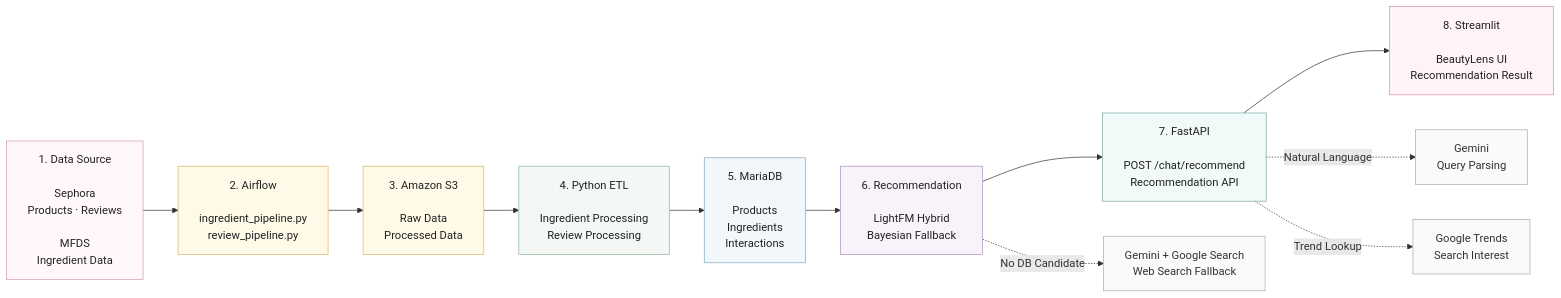
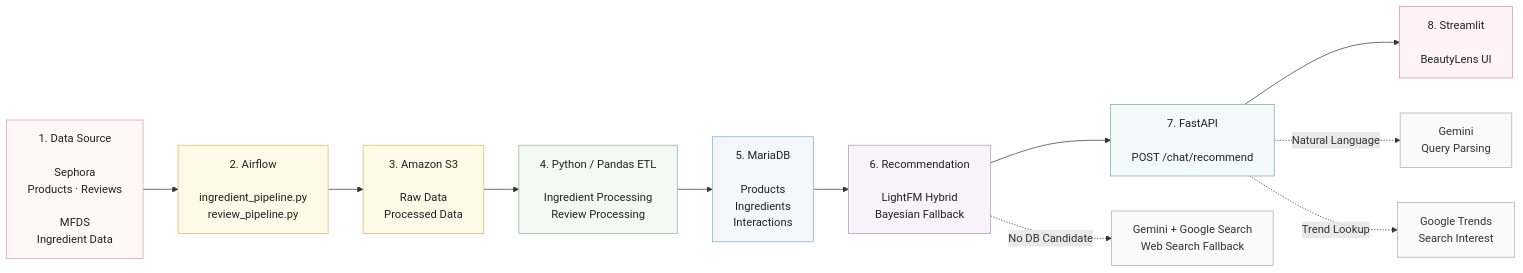
Before and after one commit to KMINNNNJ/recommendation_system: the diagram in README.md, drawn with Mermaid. The commit also changed other lines of this file, not shown here.

````diff
--- a/README.md
+++ b/README.md
@@ -8,57 +46,61 @@
 ```mermaid
 flowchart LR
 
     A["1. Data Source<br/><br/>Sephora<br/>Products · Reviews<br/><br/>MFDS<br/>Ingredient Data"]
 
     B["2. Airflow<br/><br/>ingredient_pipeline.py<br/>review_pipeline.py"]
 
     C["3. Amazon S3<br/><br/>Raw Data<br/>Processed Data"]
 
-    D["4. Python ETL<br/><br/>Ingredient Processing<br/>Review Processing"]
+    D["4. Python / Pandas ETL<br/><br/>Ingredient Processing<br/>Review Processing"]
 
     E["5. MariaDB<br/><br/>Products<br/>Ingredients<br/>Interactions"]
 
     F["6. Recommendation<br/><br/>LightFM Hybrid<br/>Bayesian Fallback"]
 
-    G["7. FastAPI<br/><br/>POST /chat/recommend<br/>Recommendation API"]
+    G["7. FastAPI<br/><br/>POST /chat/recommend"]
 
-    H["8. Streamlit<br/><br/>BeautyLens UI<br/>Recommendation Result"]
+    H["8. Streamlit<br/><br/>BeautyLens UI"]
 
 
     A --> B
     B --> C
     C --> D
     D --> E
     E --> F
     F --> G
     G --> H
 
 
     I["Gemini<br/>Query Parsing"]
+
     J["Google Trends<br/>Search Interest"]
+
     K["Gemini + Google Search<br/>Web Search Fallback"]
 
 
     G -. Natural Language .-> I
+
     G -. Trend Lookup .-> J
+
     F -. No DB Candidate .-> K
 
 
     classDef data fill:#fff7f8,stroke:#d89bad,color:#222;
     classDef pipeline fill:#fff9e8,stroke:#d9b768,color:#222;
     classDef process fill:#f3f8f5,stroke:#8db49d,color:#222;
     classDef database fill:#f1f7fb,stroke:#84abc4,color:#222;
     classDef model fill:#f8f3fb,stroke:#ab91bc,color:#222;
     classDef service fill:#f1faf9,stroke:#79aaa6,color:#222;
     classDef ui fill:#fff3f7,stroke:#d990aa,color:#222;
     classDef external fill:#fafafa,stroke:#aaa,color:#333;
 
     class A data;
     class B,C pipeline;
     class D process;
     class E database;
     class F model;
     class G service;
     class H ui;
     class I,J,K external;
 ```
````
